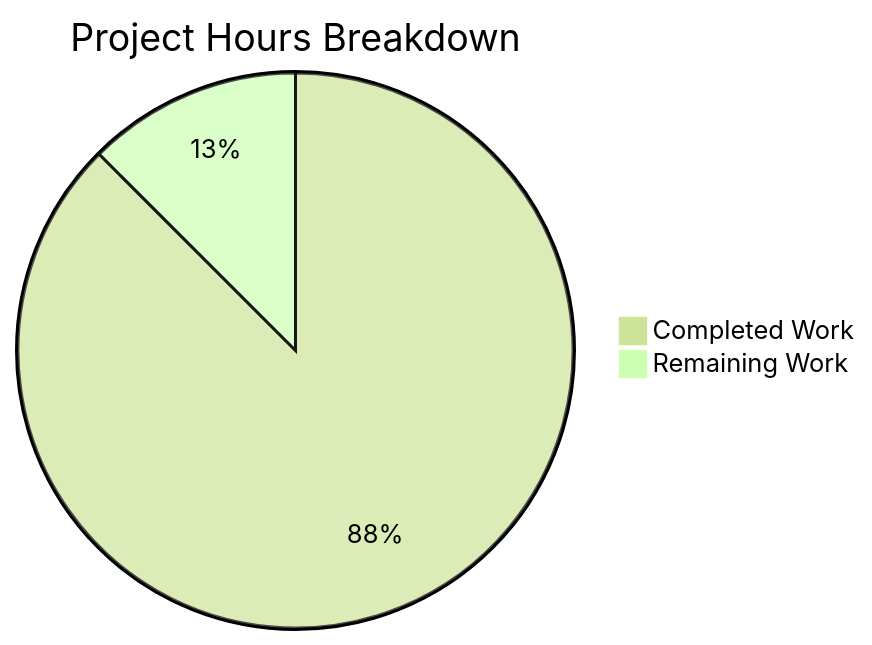
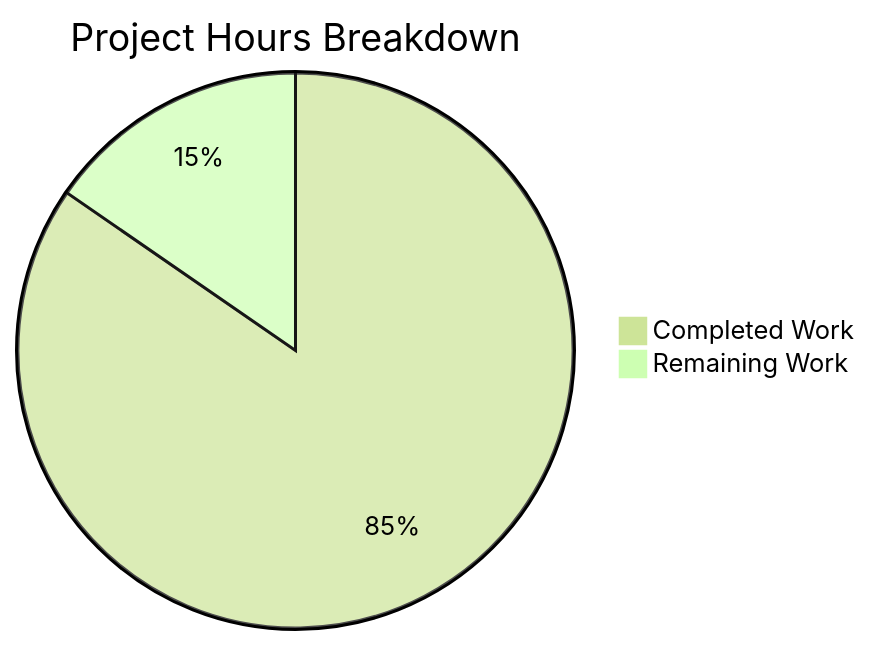
Before and after one commit to TestadoBlitzy/Existing-product: the second of 2 diagrams in blitzy/documentation/Project Guide.md, drawn with Mermaid (forest theme). The commit also changed other lines of this file, not shown here.

````diff
--- a/blitzy/documentation/Project Guide.md
+++ b/blitzy/documentation/Project Guide.md
@@ -212,5 +185,5 @@
 ```mermaid
 pie title Project Hours Breakdown
-    "Completed Work" : 14
+    "Completed Work" : 11
     "Remaining Work" : 2
 ```
````
